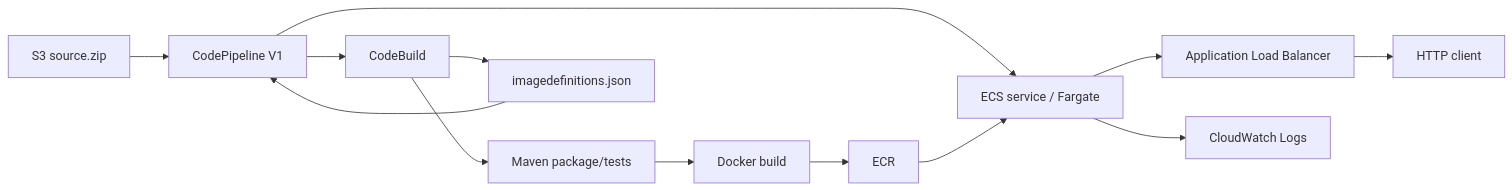
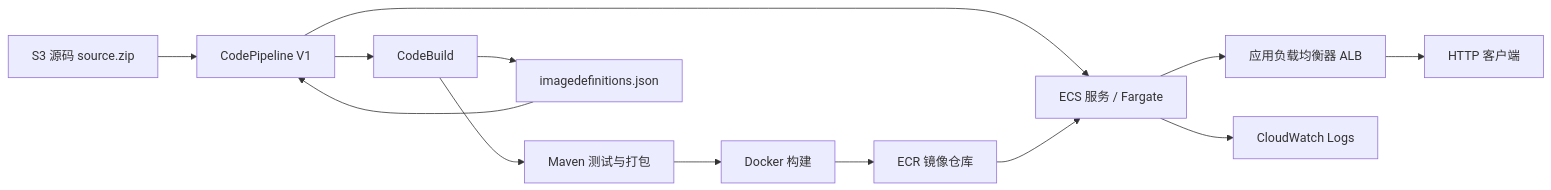
Before and after one commit to miku-wwl/shipstack: the diagram in targets/ecs/README.md, drawn with Mermaid. The commit also changed other lines of this file and 3 other files, not shown here.

````diff
--- a/targets/ecs/README.md
+++ b/targets/ecs/README.md
@@ -13,15 +13,15 @@
 ```mermaid
 flowchart LR
-    S3[S3 source.zip] --> CP[CodePipeline V1]
+    S3[S3 源码 source.zip] --> CP[CodePipeline V1]
     CP --> CB[CodeBuild]
-    CB --> MVN[Maven package/tests]
-    MVN --> DOCKER[Docker build]
-    DOCKER --> ECR[ECR]
+    CB --> MVN[Maven 测试与打包]
+    MVN --> DOCKER[Docker 构建]
+    DOCKER --> ECR[ECR 镜像仓库]
     CB --> DEF[imagedefinitions.json]
     DEF --> CP
-    CP --> ECS[ECS service / Fargate]
+    CP --> ECS[ECS 服务 / Fargate]
     ECR --> ECS
-    ECS --> ALB[Application Load Balancer]
-    ALB --> HTTP[HTTP client]
+    ECS --> ALB[应用负载均衡器 ALB]
+    ALB --> HTTP[HTTP 客户端]
     ECS --> LOGS[CloudWatch Logs]
 ```
````
